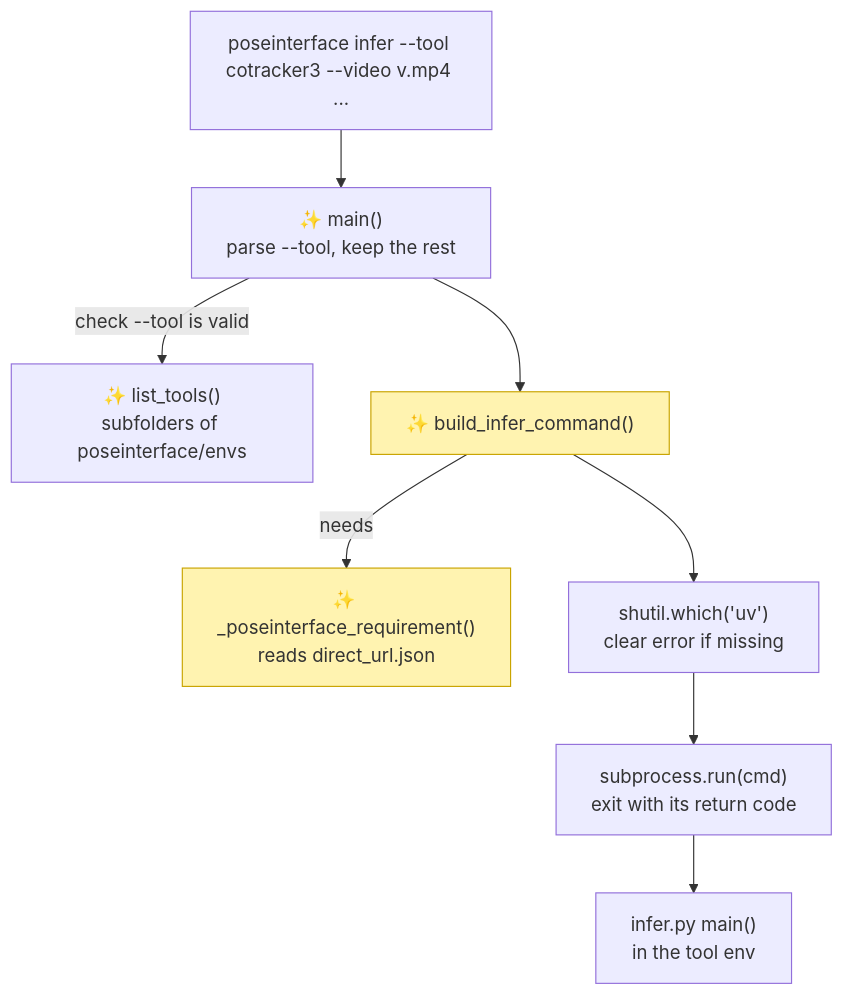
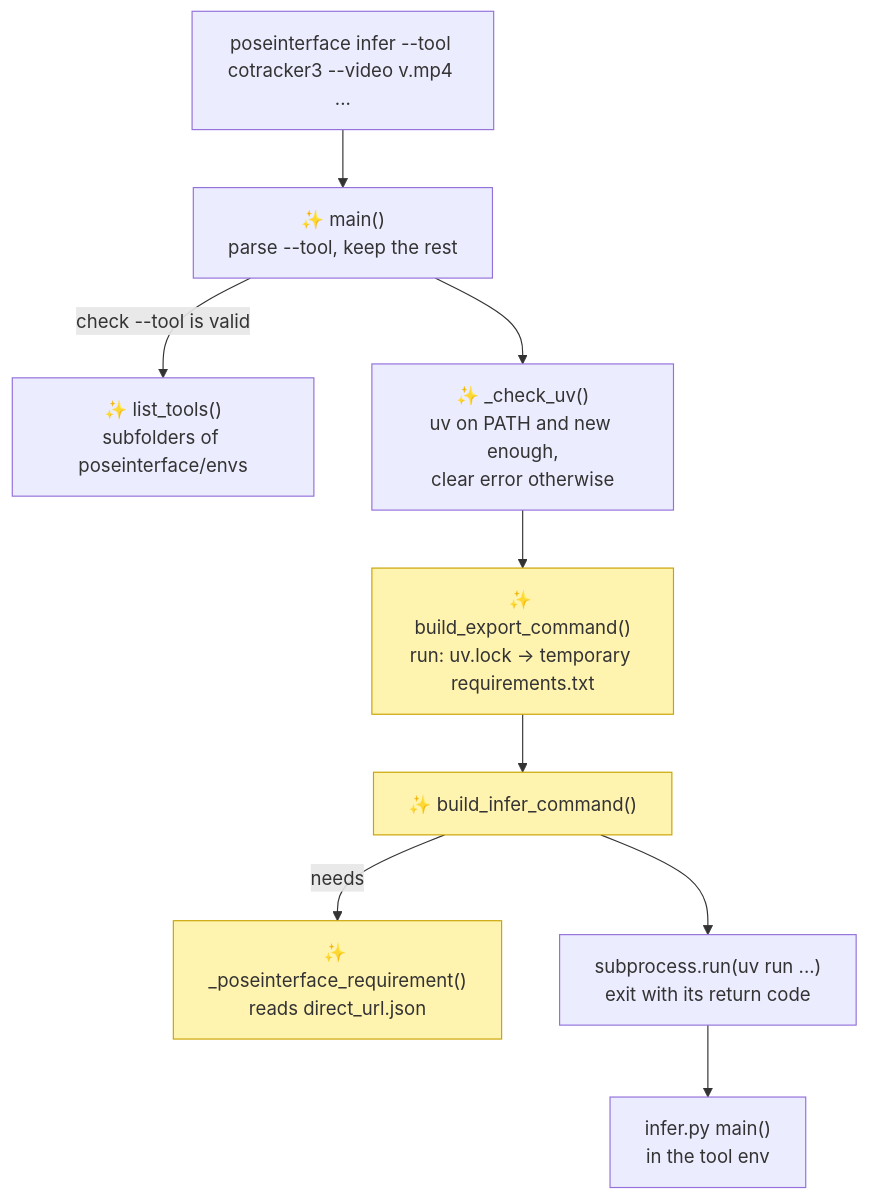
One commit to neuroinformatics-unit/poseinterface changed the second of 2 diagrams in proposal-uv-envs.md. Above: the diagram before and after it, drawn with Mermaid. The commit also changed other lines of this file, not shown here.

````diff
--- a/proposal-uv-envs.md
+++ b/proposal-uv-envs.md
@@ -248,22 +286,23 @@
 ```mermaid
 flowchart TD
     A["poseinterface infer --tool cotracker3 --video v.mp4 ..."]
     B["✨ main()<br/>parse --tool, keep the rest"]
     C["✨ list_tools()<br/>subfolders of poseinterface/envs"]
+    G["✨ _check_uv()<br/>uv on PATH and new enough,<br/>clear error otherwise"]
+    X["✨ build_export_command()<br/>run: uv.lock → temporary requirements.txt"]
     E["✨ _poseinterface_requirement()<br/>reads direct_url.json"]
     F["✨ build_infer_command()"]
-    G["shutil.which('uv')<br/>clear error if missing"]
-    H["subprocess.run(cmd)<br/>exit with its return code"]
+    H["subprocess.run(uv run ...)<br/>exit with its return code"]
     I["infer.py main()<br/>in the tool env"]
 
     A --> B
     B -->|"check --tool is valid"| C
-    B --> F
+    B --> G --> X --> F --> H --> I
     F -->|"needs"| E
-    F --> G --> H --> I
 
+    style X fill:#fff3b0,stroke:#c9a400
     style F fill:#fff3b0,stroke:#c9a400
     style E fill:#fff3b0,stroke:#c9a400
 
     click I href "https://github.com/neuroinformatics-unit/poseinterface/blob/envs-management/envs/cotracker3/infer.py#L103" _blank
 ```
````
